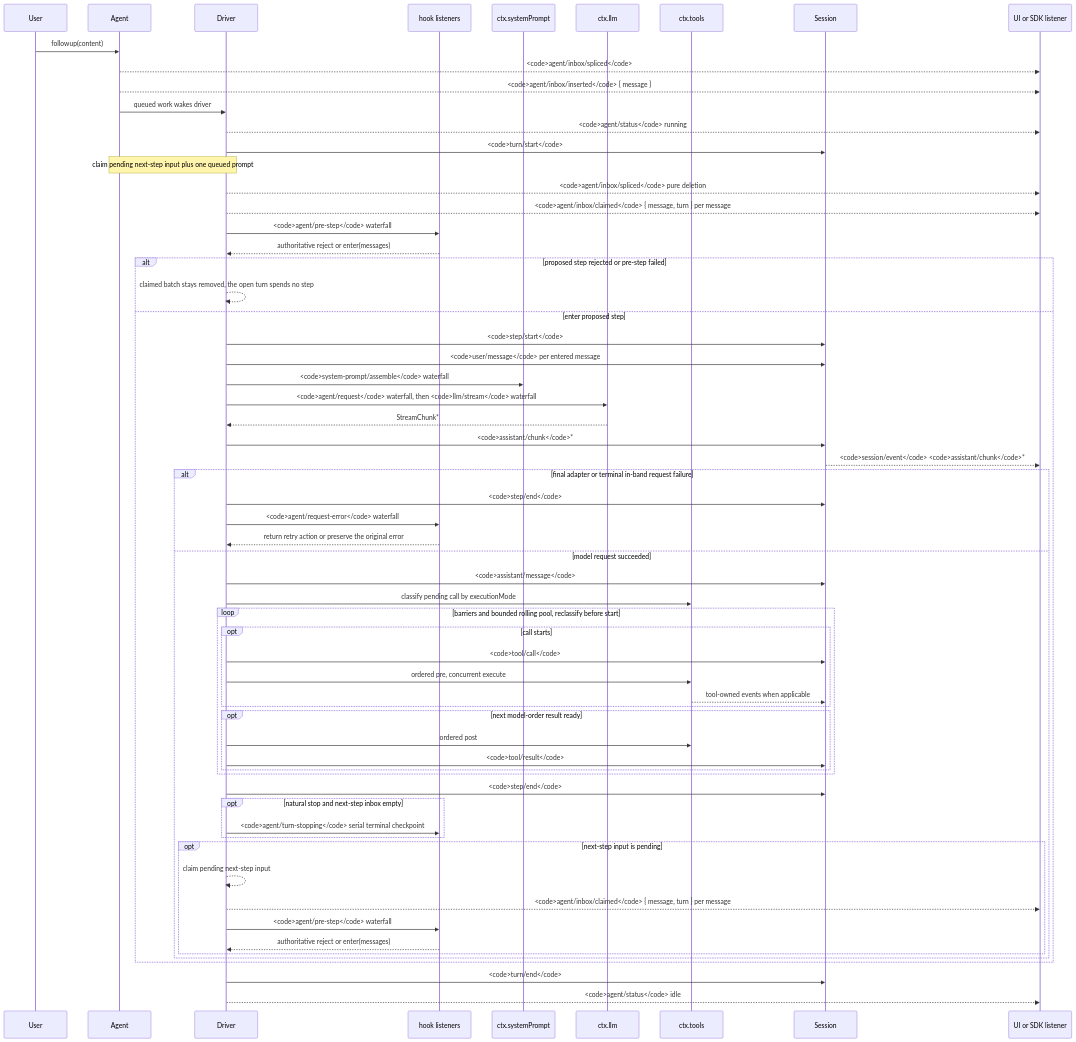
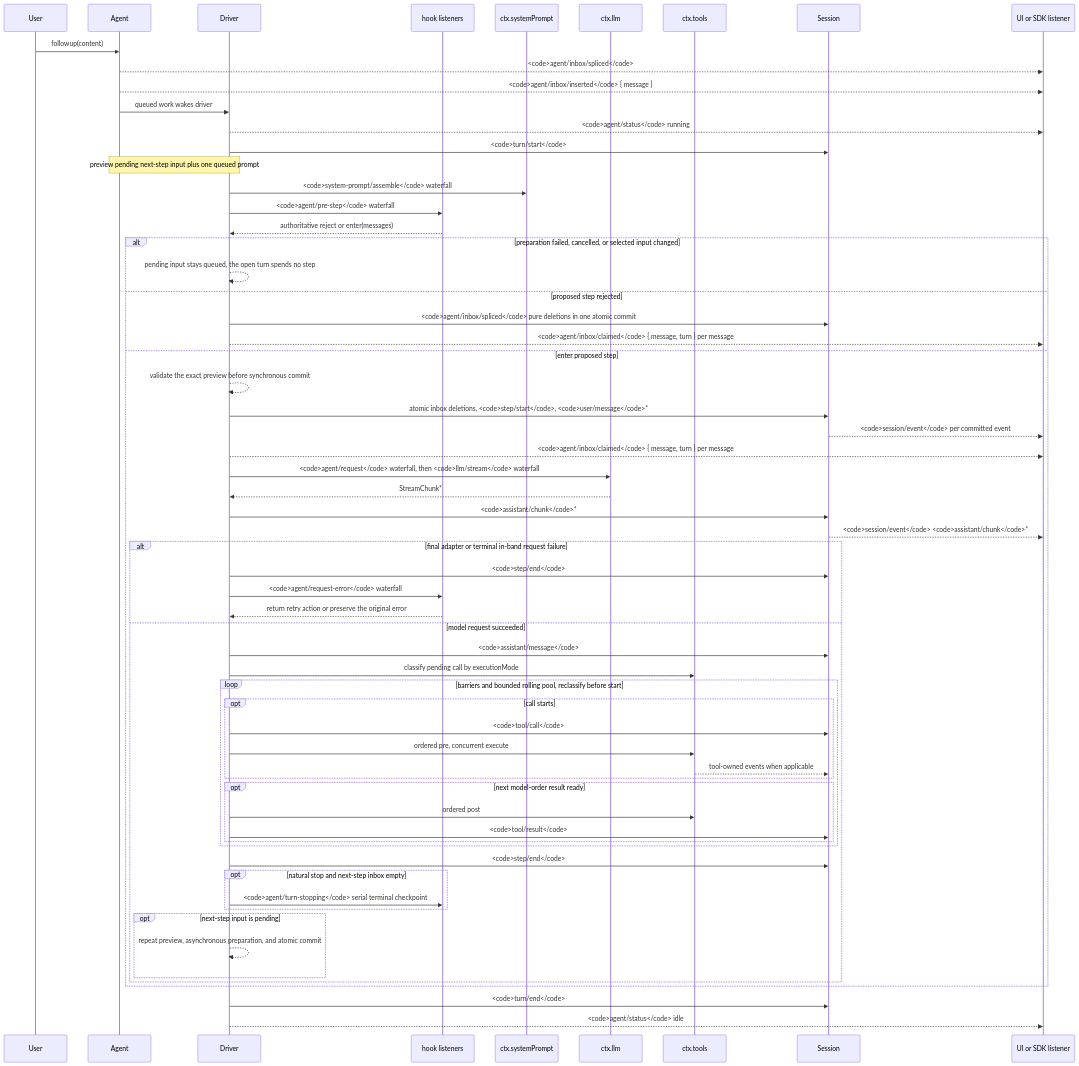
Before and after one commit to admin1316/ark: the diagram in docs/agent-lifecycle.md, drawn with Mermaid. The commit also changed other lines of this file and 49 other files, not shown here.

Commit message:
fix(session): retain pending work through lifecycle shutdown

````diff
--- a/docs/agent-lifecycle.md
+++ b/docs/agent-lifecycle.md
@@ -8,65 +8,65 @@
 ```mermaid
 sequenceDiagram
   participant User
   participant Agent
   participant Driver
   participant Hooks as hook listeners
   participant Prompt as ctx.systemPrompt
   participant LLM as ctx.llm
   participant Tools as ctx.tools
   participant Session
   participant SDK as UI or SDK listener
   User->>Agent: followup(content)
   Agent-->>SDK: <code>agent/inbox/spliced</code>
   Agent-->>SDK: <code>agent/inbox/inserted</code> { message }
   Agent->>Driver: queued work wakes driver
   Driver-->>SDK: <code>agent/status</code> running
   Driver->>Session: <code>turn/start</code>
-  Note over Agent,Driver: claim pending next-step input plus one queued prompt
-  Driver-->>SDK: <code>agent/inbox/spliced</code> pure deletion
-  Driver-->>SDK: <code>agent/inbox/claimed</code> { message, turn } per message
+  Note over Agent,Driver: preview pending next-step input plus one queued prompt
+  Driver->>Prompt: <code>system-prompt/assemble</code> waterfall
   Driver->>Hooks: <code>agent/pre-step</code> waterfall
   Hooks-->>Driver: authoritative reject or enter(messages)
-  alt proposed step rejected or pre-step failed
-    Driver-->>Driver: claimed batch stays removed, the open turn spends no step
+  alt preparation failed, cancelled, or selected input changed
+    Driver-->>Driver: pending input stays queued, the open turn spends no step
+  else proposed step rejected
+    Driver->>Session: <code>agent/inbox/spliced</code> pure deletions in one atomic commit
+    Driver-->>SDK: <code>agent/inbox/claimed</code> { message, turn } per message
   else enter proposed step
-  Driver->>Session: <code>step/start</code>
-  Driver->>Session: <code>user/message</code> per entered message
-  Driver->>Prompt: <code>system-prompt/assemble</code> waterfall
+  Driver-->>Driver: validate the exact preview before synchronous commit
+  Driver->>Session: atomic inbox deletions, <code>step/start</code>, <code>user/message</code>*
+  Session-->>SDK: <code>session/event</code> per committed event
+  Driver-->>SDK: <code>agent/inbox/claimed</code> { message, turn } per message
   Driver->>LLM: <code>agent/request</code> waterfall, then <code>llm/stream</code> waterfall
   LLM-->>Driver: StreamChunk*
   Driver->>Session: <code>assistant/chunk</code>*
   Session-->>SDK: <code>session/event</code> <code>assistant/chunk</code>*
   alt final adapter or terminal in-band request failure
     Driver->>Session: <code>step/end</code>
     Driver->>Hooks: <code>agent/request-error</code> waterfall
     Hooks-->>Driver: return retry action or preserve the original error
   else model request succeeded
   Driver->>Session: <code>assistant/message</code>
   Driver->>Tools: classify pending call by executionMode
   loop barriers and bounded rolling pool, reclassify before start
     opt call starts
       Driver->>Session: <code>tool/call</code>
       Driver->>Tools: ordered pre, concurrent execute
       Tools-->>Session: tool-owned events when applicable
     end
     opt next model-order result ready
       Driver->>Tools: ordered post
       Driver->>Session: <code>tool/result</code>
     end
   end
   Driver->>Session: <code>step/end</code>
   opt natural stop and next-step inbox empty
     Driver->>Hooks: <code>agent/turn-stopping</code> serial terminal checkpoint
   end
   opt next-step input is pending
-    Driver-->>Driver: claim pending next-step input
-    Driver-->>SDK: <code>agent/inbox/claimed</code> { message, turn } per message
-    Driver->>Hooks: <code>agent/pre-step</code> waterfall
-    Hooks-->>Driver: authoritative reject or enter(messages)
+    Driver-->>Driver: repeat preview, asynchronous preparation, and atomic commit
   end
   end
   end
   Driver->>Session: <code>turn/end</code>
   Driver-->>SDK: <code>agent/status</code> idle
 ```
````
